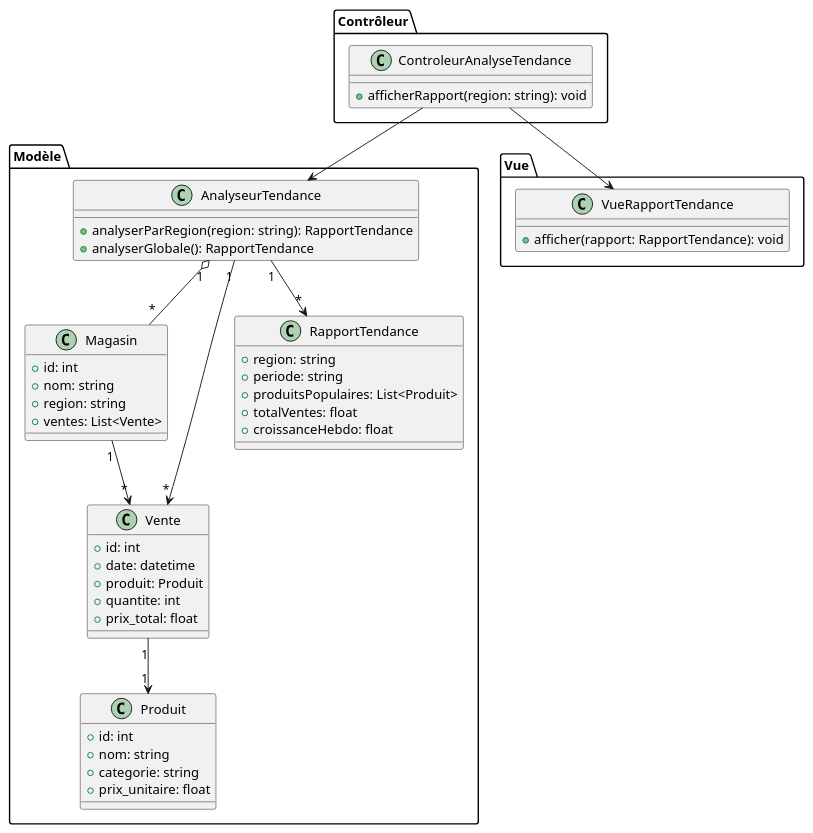
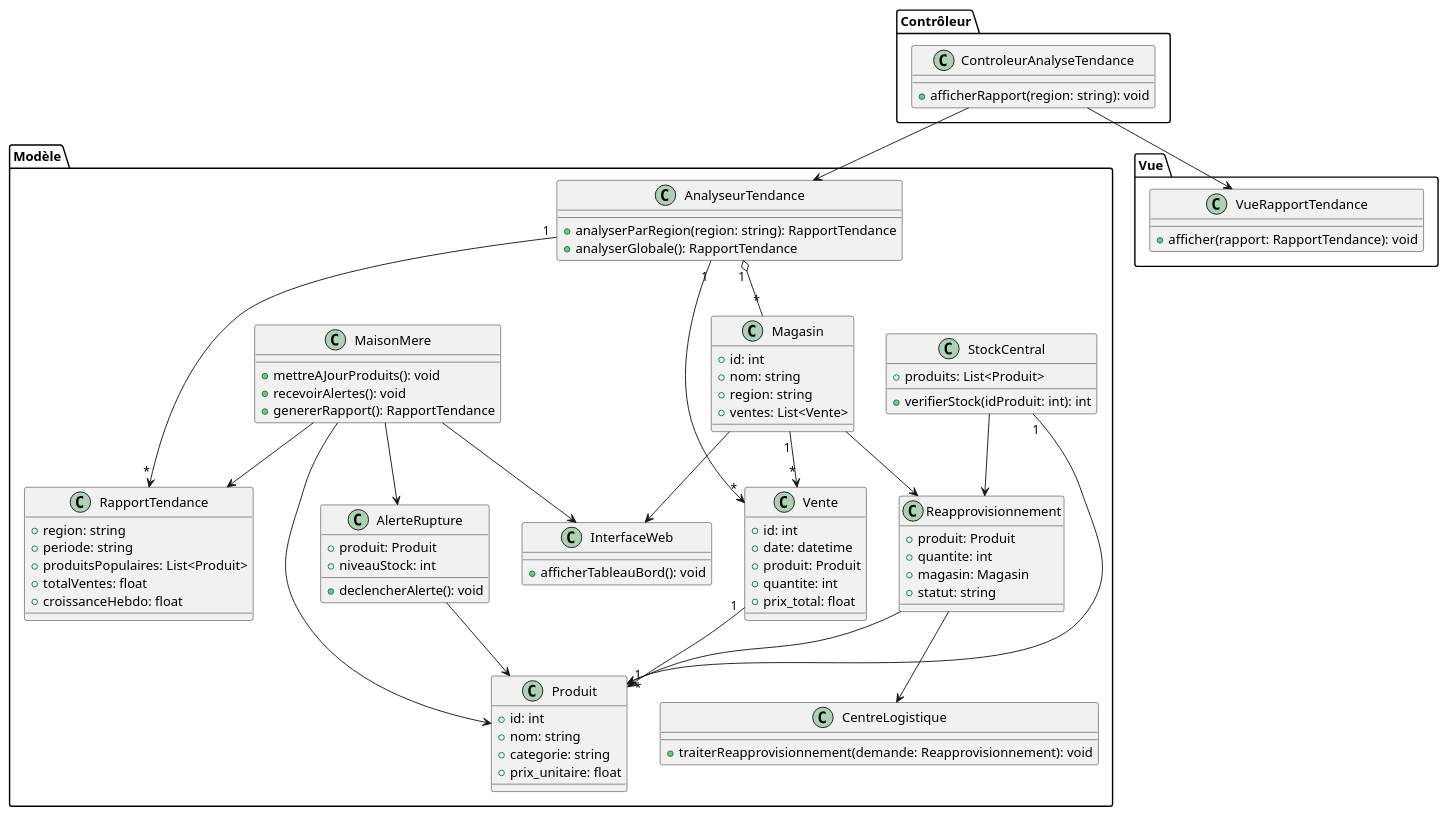
Before and after one commit to eusebe13/labo2_Log430: the diagram in docs/uml/code/diagramme-de-classe.puml, drawn with PlantUML. The commit also changed 10 other files, not shown here.

```diff
--- a/docs/uml/code/diagramme-de-classe.puml
+++ b/docs/uml/code/diagramme-de-classe.puml
@@ -1,65 +1,109 @@
 @startuml
 
 ' ======== Modèle ========
 package "Modèle" {
     class Magasin {
         +id: int
         +nom: string
         +region: string
         +ventes: List<Vente>
     }
 
     class Vente {
         +id: int
         +date: datetime
         +produit: Produit
         +quantite: int
         +prix_total: float
     }
 
     class Produit {
         +id: int
         +nom: string
         +categorie: string
         +prix_unitaire: float
     }
 
     class RapportTendance {
         +region: string
         +periode: string
         +produitsPopulaires: List<Produit>
         +totalVentes: float
         +croissanceHebdo: float
     }
 
     class AnalyseurTendance {
         +analyserParRegion(region: string): RapportTendance
         +analyserGlobale(): RapportTendance
     }
 
+    class StockCentral {
+        +produits: List<Produit>
+        +verifierStock(idProduit: int): int
+    }
+
+    class Reapprovisionnement {
+        +produit: Produit
+        +quantite: int
+        +magasin: Magasin
+        +statut: string
+    }
+
+    class AlerteRupture {
+        +produit: Produit
+        +niveauStock: int
+        +declencherAlerte(): void
+    }
+
+    class CentreLogistique {
+        +traiterReapprovisionnement(demande: Reapprovisionnement): void
+    }
+
+    class MaisonMere {
+        +mettreAJourProduits(): void
+        +recevoirAlertes(): void
+        +genererRapport(): RapportTendance
+    }
+
+    class InterfaceWeb {
+        +afficherTableauBord(): void
+    }
+
     Magasin "1" --> "*" Vente
     Vente "1" --> "1" Produit
     AnalyseurTendance "1" --> "*" Vente
     AnalyseurTendance "1" o-- "*" Magasin
     AnalyseurTendance "1" --> "*" RapportTendance
+
+    Magasin --> Reapprovisionnement
+    Magasin --> InterfaceWeb
+    StockCentral "1" --> "*" Produit
+    StockCentral --> Reapprovisionnement
+    Reapprovisionnement --> Produit
+    Reapprovisionnement --> CentreLogistique
+    AlerteRupture --> Produit
+    MaisonMere --> Produit
+    MaisonMere --> RapportTendance
+    MaisonMere --> AlerteRupture
+    MaisonMere --> InterfaceWeb
 }
 
 ' ======== Contrôleur ========
 package "Contrôleur" {
     class ControleurAnalyseTendance {
         +afficherRapport(region: string): void
     }
 
     ControleurAnalyseTendance --> AnalyseurTendance
 }
 
 ' ======== Vue ========
 package "Vue" {
     class VueRapportTendance {
         +afficher(rapport: RapportTendance): void
     }
 
     ControleurAnalyseTendance --> VueRapportTendance
 }
 
 @enduml
```
